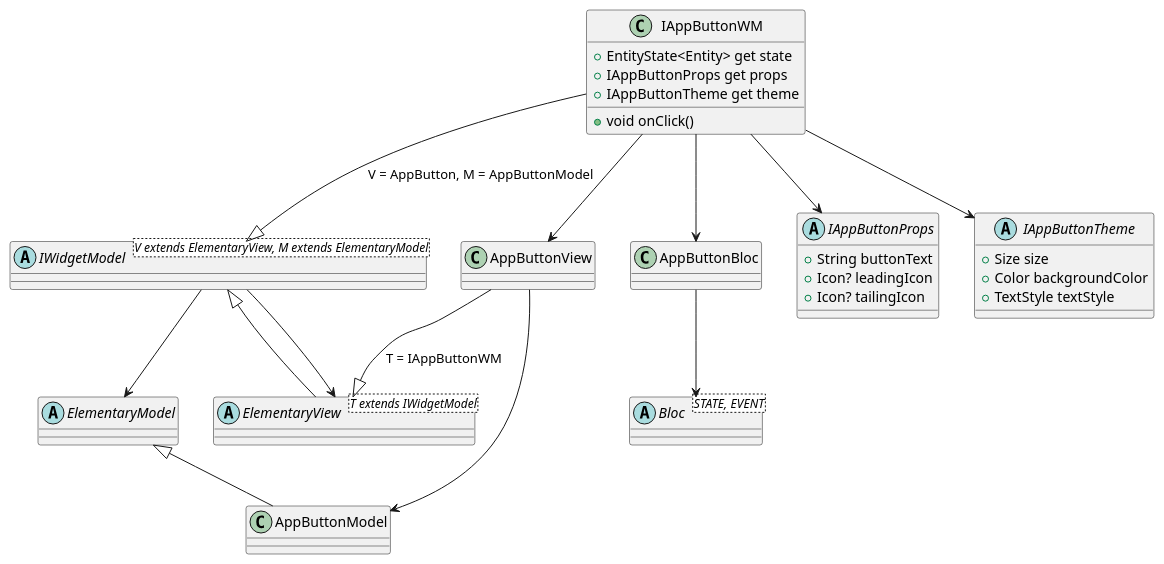
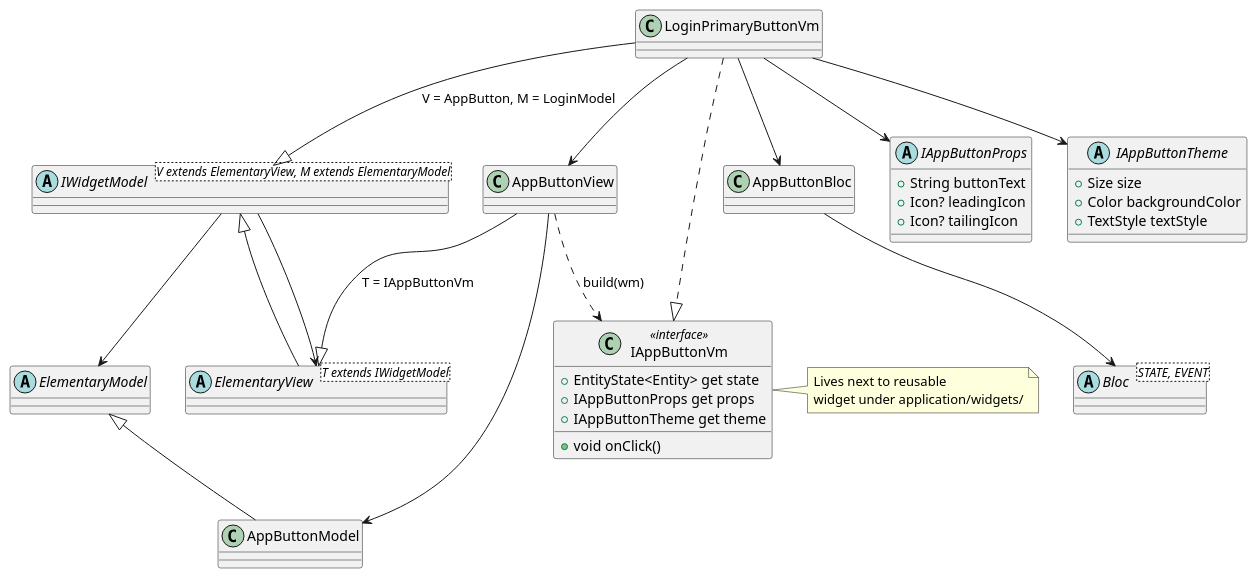
One commit to kikplate/flutter-clean-starter changed the second of 8 diagrams in catalog/docs/Architecture/application-layer-architecture.md. Above: the diagram before and after it, drawn with PlantUML. The commit also changed other lines of this file and 111 other files, not shown here.

Commit message:
feat: Add base architecture with users list feature

````diff
--- a/catalog/docs/Architecture/application-layer-architecture.md
+++ b/catalog/docs/Architecture/application-layer-architecture.md
@@ -29,49 +51,60 @@
 ```plantuml
 abstract class ElementaryView<T extends IWidgetModel> {}
 
 abstract class IWidgetModel<V extends ElementaryView, M extends ElementaryModel> {}
 
 abstract class ElementaryModel {}
 
 ElementaryView -up-|> IWidgetModel
 IWidgetModel -down-> ElementaryView
 IWidgetModel --> ElementaryModel
 
 class AppButtonView {}
 
-AppButtonView --|> ElementaryView : T = IAppButtonWM
+AppButtonView --|> ElementaryView : T = IAppButtonVm
 AppButtonView --> AppButtonModel
 
-class IAppButtonWM {
+class IAppButtonVm <<interface>> {
 	+ EntityState<Entity> get state
 	+ IAppButtonProps get props
   + IAppButtonTheme get theme
   
   + void onClick()
 }
 
-IAppButtonWM --|> IWidgetModel: V = AppButton, M = AppButtonModel
-IAppButtonWM --> AppButtonView
-IAppButtonWM --> AppButtonBloc
-IAppButtonWM --> IAppButtonProps
-IAppButtonWM --> IAppButtonTheme
+note right of IAppButtonVm
+  Lives next to reusable
+  widget under application/widgets/
+end note
+
+AppButtonView ..> IAppButtonVm : build(wm)
+
+class LoginPrimaryButtonVm {}
+
+LoginPrimaryButtonVm ..|> IAppButtonVm
+LoginPrimaryButtonVm --|> IWidgetModel : V = AppButton, M = LoginModel
+
+LoginPrimaryButtonVm --> AppButtonView
+LoginPrimaryButtonVm --> AppButtonBloc
+LoginPrimaryButtonVm --> IAppButtonProps
+LoginPrimaryButtonVm --> IAppButtonTheme
 
 class AppButtonBloc {}
 abstract class Bloc<STATE, EVENT> {}
 
 AppButtonBloc --> Bloc
 
 class AppButtonModel extends ElementaryModel {}
 
 abstract class IAppButtonProps {
 	+ String buttonText
   + Icon? leadingIcon
   + Icon? tailingIcon
 }
 
 abstract class IAppButtonTheme {
 	+ Size size
   + Color backgroundColor
   + TextStyle textStyle
 }
 ```
````
